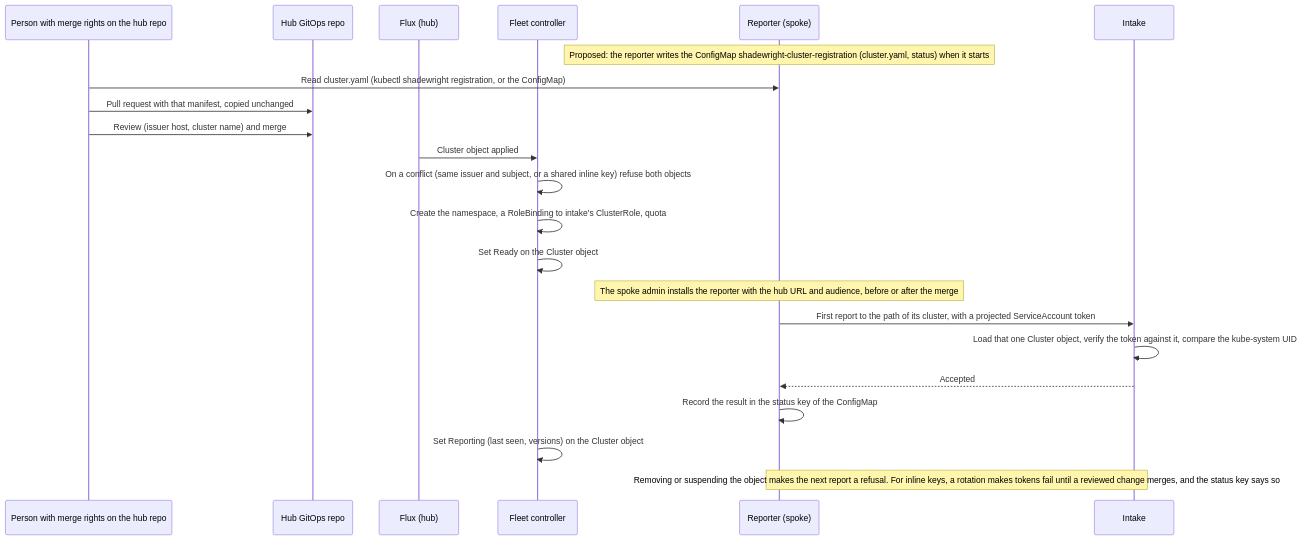
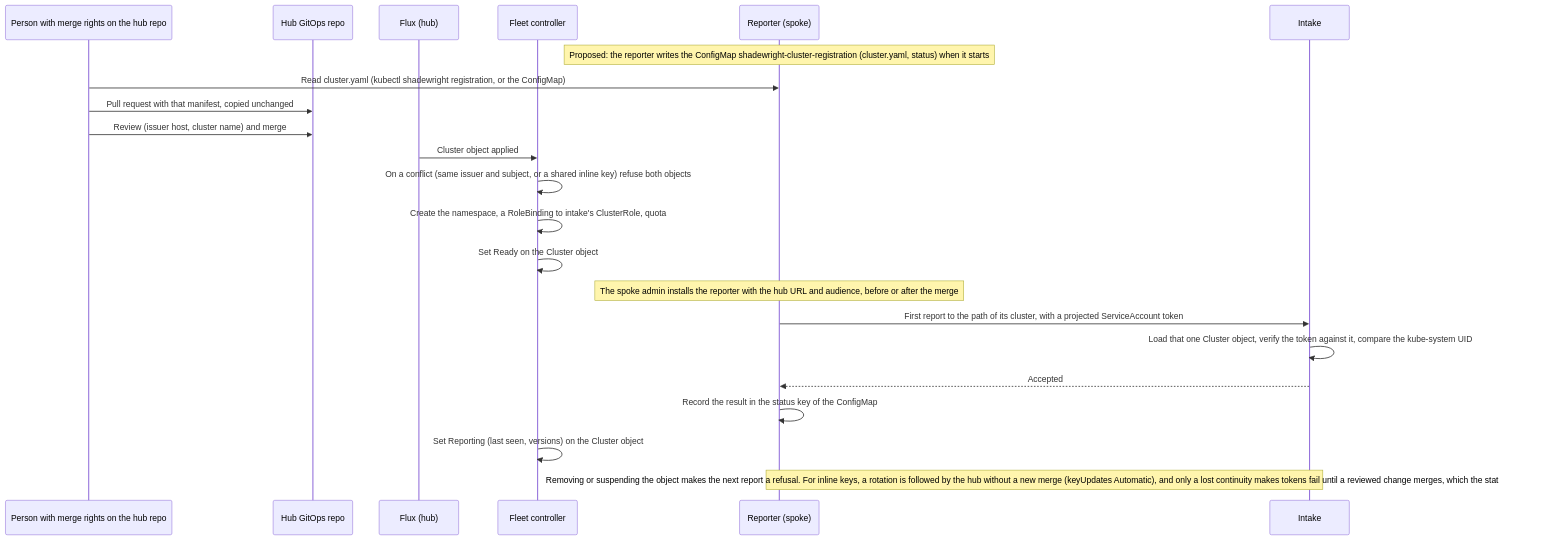
One commit to pkalin/shadewright changed the first of 2 diagrams in docs/adr/0038-control-plane-mode-a-hub-that-many-clusters-report-to.md. Above: the diagram before and after it, drawn with Mermaid. The commit also changed other lines of this file, not shown here.

Commit message:
docs(adr): propose automatic key updates for inline clusters in ADR-0038

````diff
--- a/docs/adr/0038-control-plane-mode-a-hub-that-many-clusters-report-to.md
+++ b/docs/adr/0038-control-plane-mode-a-hub-that-many-clusters-report-to.md
@@ -97,24 +97,24 @@
 ```mermaid
 sequenceDiagram
     participant P as Person with merge rights on the hub repo
     participant R as Hub GitOps repo
     participant F as Flux (hub)
     participant C as Fleet controller
     participant S as Reporter (spoke)
     participant I as Intake
     Note over S: Proposed: the reporter writes the ConfigMap shadewright-cluster-registration (cluster.yaml, status) when it starts
     P->>S: Read cluster.yaml (kubectl shadewright registration, or the ConfigMap)
     P->>R: Pull request with that manifest, copied unchanged
     P->>R: Review (issuer host, cluster name) and merge
     F->>C: Cluster object applied
     C->>C: On a conflict (same issuer and subject, or a shared inline key) refuse both objects
     C->>C: Create the namespace, a RoleBinding to intake's ClusterRole, quota
     C->>C: Set Ready on the Cluster object
     Note over S: The spoke admin installs the reporter with the hub URL and audience, before or after the merge
     S->>I: First report to the path of its cluster, with a projected ServiceAccount token
     I->>I: Load that one Cluster object, verify the token against it, compare the kube-system UID
     I-->>S: Accepted
     S->>S: Record the result in the status key of the ConfigMap
     C->>C: Set Reporting (last seen, versions) on the Cluster object
-    Note over S,I: Removing or suspending the object makes the next report a refusal. For inline keys, a rotation makes tokens fail until a reviewed change merges, and the status key says so
+    Note over S,I: Removing or suspending the object makes the next report a refusal. For inline keys, a rotation is followed by the hub without a new merge (keyUpdates Automatic), and only a lost continuity makes tokens fail until a reviewed change merges, which the status key says
 ```
````
